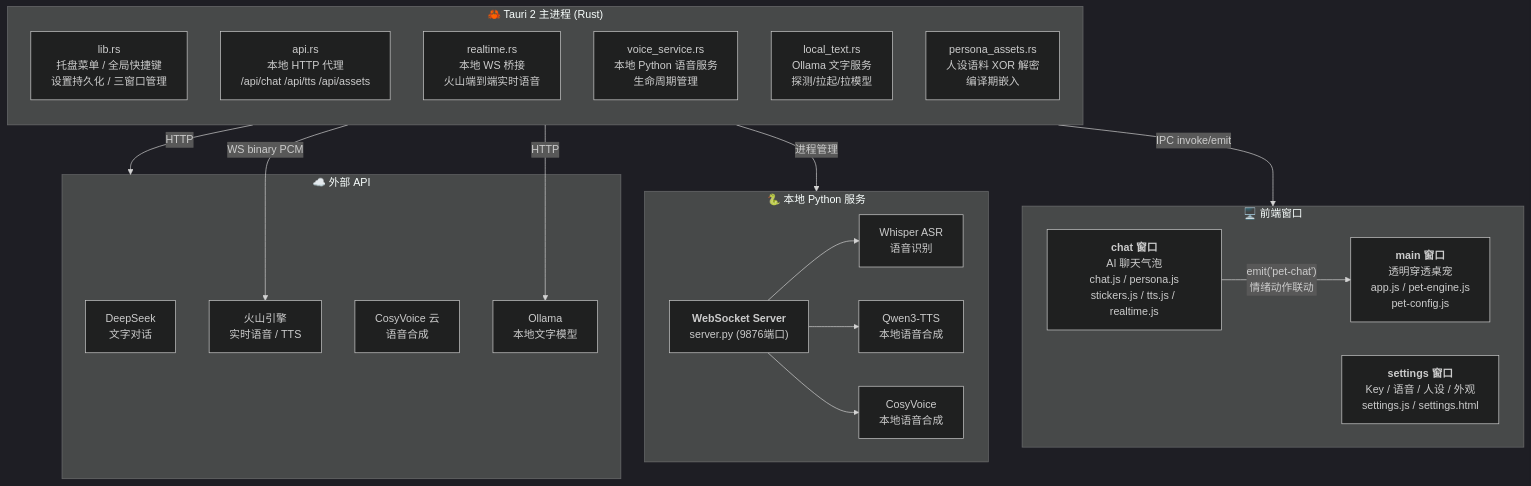
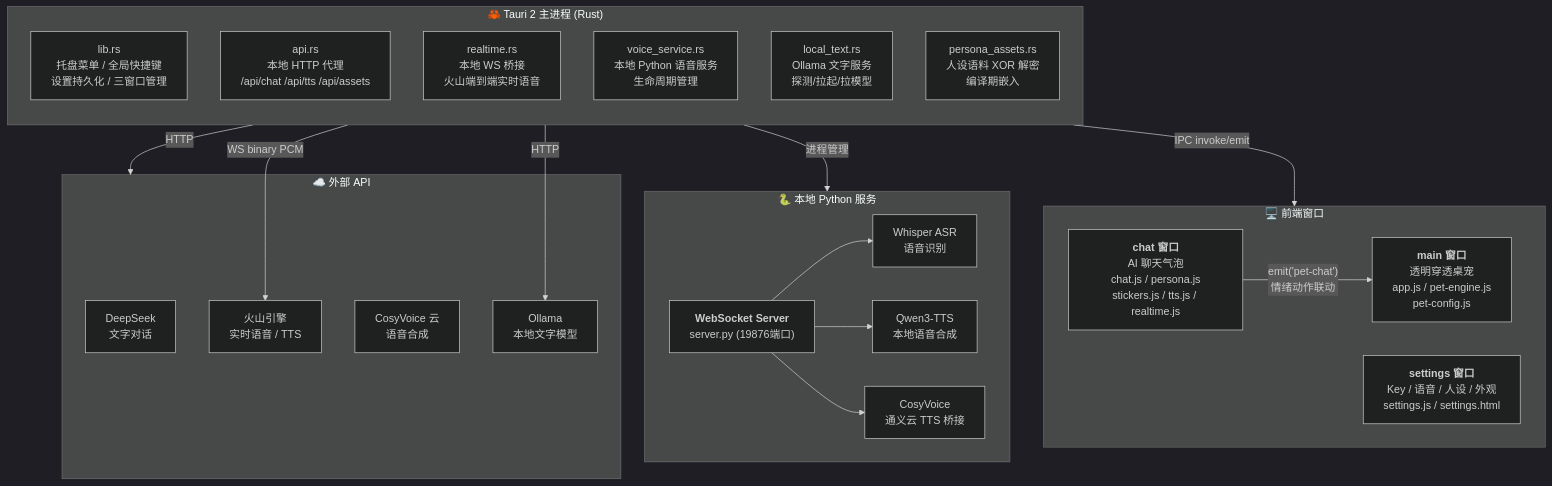
One commit to aaronfang/kxyy-desktop-pet changed the first of 2 diagrams in docs/roadmap-ai-roleplay.md. Above: the diagram before and after it, drawn with Mermaid. The commit also changed other lines of this file and 2 other files, not shown here.

Commit message:
docs: add realtime voice optimization roadmap (#1)

````diff
--- a/docs/roadmap-ai-roleplay.md
+++ b/docs/roadmap-ai-roleplay.md
@@ -24,44 +26,44 @@
 ```mermaid
 %%{init: {'theme': 'dark'}}%%
 graph TD
     subgraph Rust["🦀 Tauri 2 主进程 (Rust)"]
         direction TB
         lib["lib.rs<br/>托盘菜单 / 全局快捷键<br/>设置持久化 / 三窗口管理"]
         api["api.rs<br/>本地 HTTP 代理<br/>/api/chat /api/tts /api/assets"]
         realtime["realtime.rs<br/>本地 WS 桥接<br/>火山端到端实时语音"]
         voice["voice_service.rs<br/>本地 Python 语音服务<br/>生命周期管理"]
         local_text["local_text.rs<br/>Ollama 文字服务<br/>探测/拉起/拉模型"]
         p_assets["persona_assets.rs<br/>人设语料 XOR 解密<br/>编译期嵌入"]
     end
 
     subgraph Frontend["🖥️ 前端窗口"]
         direction LR
         main_win["<b>main 窗口</b><br/>透明穿透桌宠<br/>app.js / pet-engine.js<br/>pet-config.js"]
         chat_win["<b>chat 窗口</b><br/>AI 聊天气泡<br/>chat.js / persona.js<br/>stickers.js / tts.js / realtime.js"]
         settings_win["<b>settings 窗口</b><br/>Key / 语音 / 人设 / 外观<br/>settings.js / settings.html"]
     end
 
     subgraph Python["🐍 本地 Python 服务"]
-        ws_server["<b>WebSocket Server</b><br/>server.py (9876端口)"]
+        ws_server["<b>WebSocket Server</b><br/>server.py (19876端口)"]
         whisper["Whisper ASR<br/>语音识别"]
         qwen_tts["Qwen3-TTS<br/>本地语音合成"]
-        cosy_local["CosyVoice<br/>本地语音合成"]
+        cosy_local["CosyVoice<br/>通义云 TTS 桥接"]
     end
 
     subgraph External["☁️ 外部 API"]
         deepseek["DeepSeek<br/>文字对话"]
         volcano["火山引擎<br/>实时语音 / TTS"]
         cosyvoice["CosyVoice 云<br/>语音合成"]
         ollama["Ollama<br/>本地文字模型"]
     end
 
     Rust -->|"IPC invoke/emit"| Frontend
     api -->|"HTTP"| External
     realtime -->|"WS binary PCM"| volcano
     voice -->|"进程管理"| Python
     local_text -->|"HTTP"| ollama
     chat_win -->|"emit('pet-chat')<br/>情绪动作联动"| main_win
     ws_server --> whisper
     ws_server --> qwen_tts
     ws_server --> cosy_local
 ```
````
